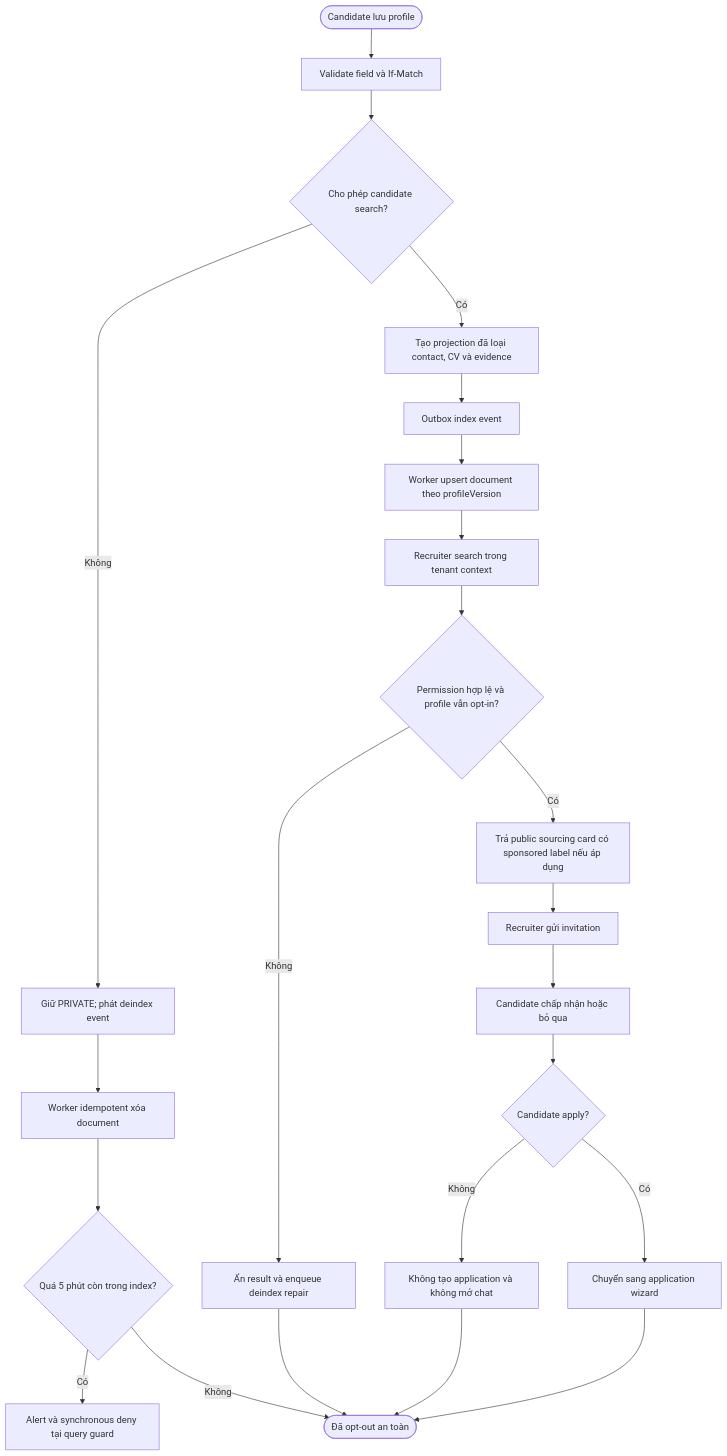
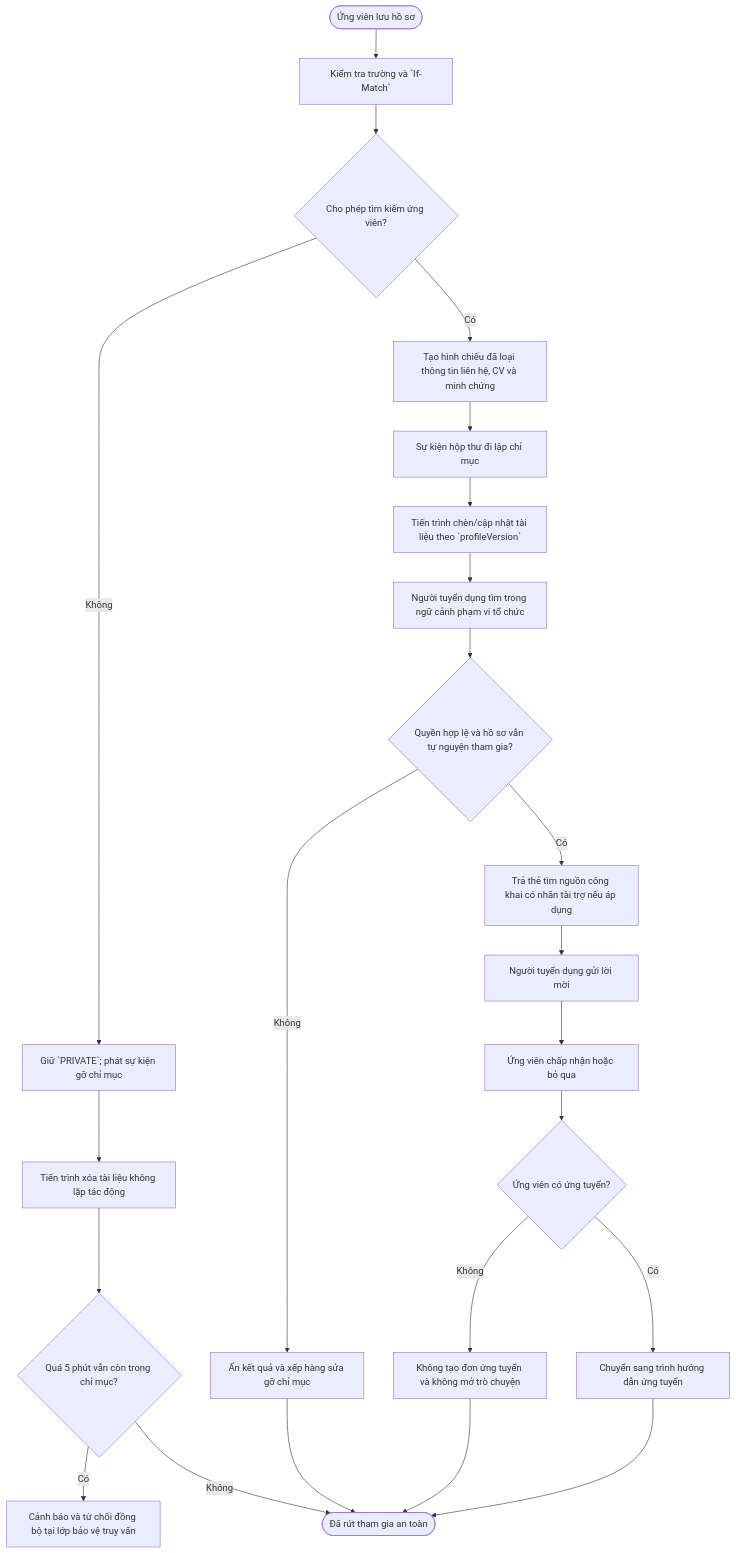
One commit to daovanhung-dev/Study2Work changed diagram 13 of 47 in docs/BD/02_BIEU_DO_HE_THONG.md. Above: the diagram before and after it, drawn with Mermaid. The commit also changed other lines of this file and 2295 other files, not shown here.

````diff
--- a/docs/BD/02_BIEU_DO_HE_THONG.md
+++ b/docs/BD/02_BIEU_DO_HE_THONG.md
@@ -556,25 +556,25 @@
 ```mermaid
 flowchart TD
-    A([Candidate lưu profile]) --> B[Validate field và If-Match]
-    B --> C{Cho phép candidate search?}
-    C -- Không --> D[Giữ PRIVATE; phát deindex event]
-    C -- Có --> E[Tạo projection đã loại contact, CV và evidence]
-    E --> F[Outbox index event]
-    D --> G[Worker idempotent xóa document]
-    F --> H[Worker upsert document theo profileVersion]
-    H --> I[Recruiter search trong tenant context]
-    I --> J{Permission hợp lệ và profile vẫn opt-in?}
-    J -- Không --> K[Ẩn result và enqueue deindex repair]
-    J -- Có --> L[Trả public sourcing card có sponsored label nếu áp dụng]
-    L --> M[Recruiter gửi invitation]
-    M --> N[Candidate chấp nhận hoặc bỏ qua]
-    N --> O{Candidate apply?}
-    O -- Không --> P[Không tạo application và không mở chat]
-    O -- Có --> Q[Chuyển sang application wizard]
-    G --> R{Quá 5 phút còn trong index?}
-    R -- Có --> S[Alert và synchronous deny tại query guard]
-    R -- Không --> T([Đã opt-out an toàn])
+    A([Ứng viên lưu hồ sơ]) --> B[Kiểm tra trường và `If-Match`]
+    B --> C{Cho phép tìm kiếm ứng viên?}
+    C -- Không --> D[Giữ `PRIVATE`; phát sự kiện gỡ chỉ mục]
+    C -- Có --> E[Tạo hình chiếu đã loại thông tin liên hệ, CV và minh chứng]
+    E --> F[Sự kiện hộp thư đi lập chỉ mục]
+    D --> G[Tiến trình xóa tài liệu không lặp tác động]
+    F --> H[Tiến trình chèn/cập nhật tài liệu theo `profileVersion`]
+    H --> I[Người tuyển dụng tìm trong ngữ cảnh phạm vi tổ chức]
+    I --> J{Quyền hợp lệ và hồ sơ vẫn tự nguyện tham gia?}
+    J -- Không --> K[Ẩn kết quả và xếp hàng sửa gỡ chỉ mục]
+    J -- Có --> L[Trả thẻ tìm nguồn công khai có nhãn tài trợ nếu áp dụng]
+    L --> M[Người tuyển dụng gửi lời mời]
+    M --> N[Ứng viên chấp nhận hoặc bỏ qua]
+    N --> O{Ứng viên có ứng tuyển?}
+    O -- Không --> P[Không tạo đơn ứng tuyển và không mở trò chuyện]
+    O -- Có --> Q[Chuyển sang trình hướng dẫn ứng tuyển]
+    G --> R{Quá 5 phút vẫn còn trong chỉ mục?}
+    R -- Có --> S[Cảnh báo và từ chối đồng bộ tại lớp bảo vệ truy vấn]
+    R -- Không --> T([Đã rút tham gia an toàn])
     K --> T
     P --> T
     Q --> T
 ```
````
